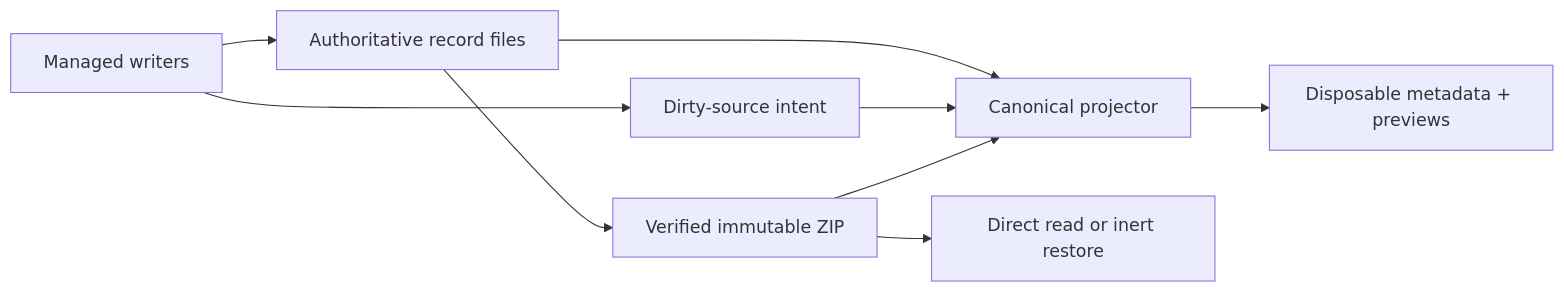
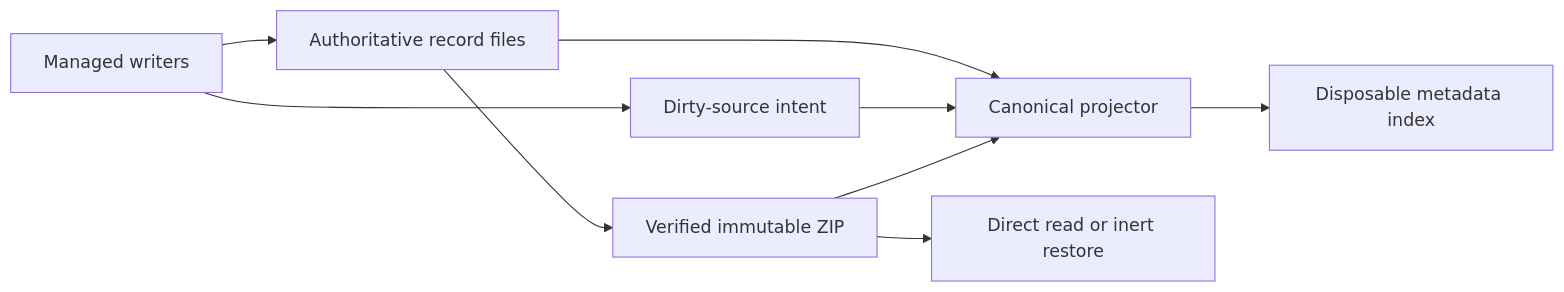
The diagram in kb/architecture/state-system/portable-history.md (haowjy/meridian-cli-kb), drawn with Mermaid before and after one commit. The commit also changed other lines of this file and 20 other files, not shown here.

````diff
--- a/kb/architecture/state-system/portable-history.md
+++ b/kb/architecture/state-system/portable-history.md
@@ -15,11 +15,11 @@
 ```mermaid
 flowchart LR
     W["Managed writers"] --> F["Authoritative record files"]
     W --> D["Dirty-source intent"]
     F --> P["Canonical projector"]
     D --> P
-    P --> I["Disposable metadata + previews"]
+    P --> I["Disposable metadata index"]
     F --> Z["Verified immutable ZIP"]
     Z --> R["Direct read or inert restore"]
     Z --> P
 ```
````
